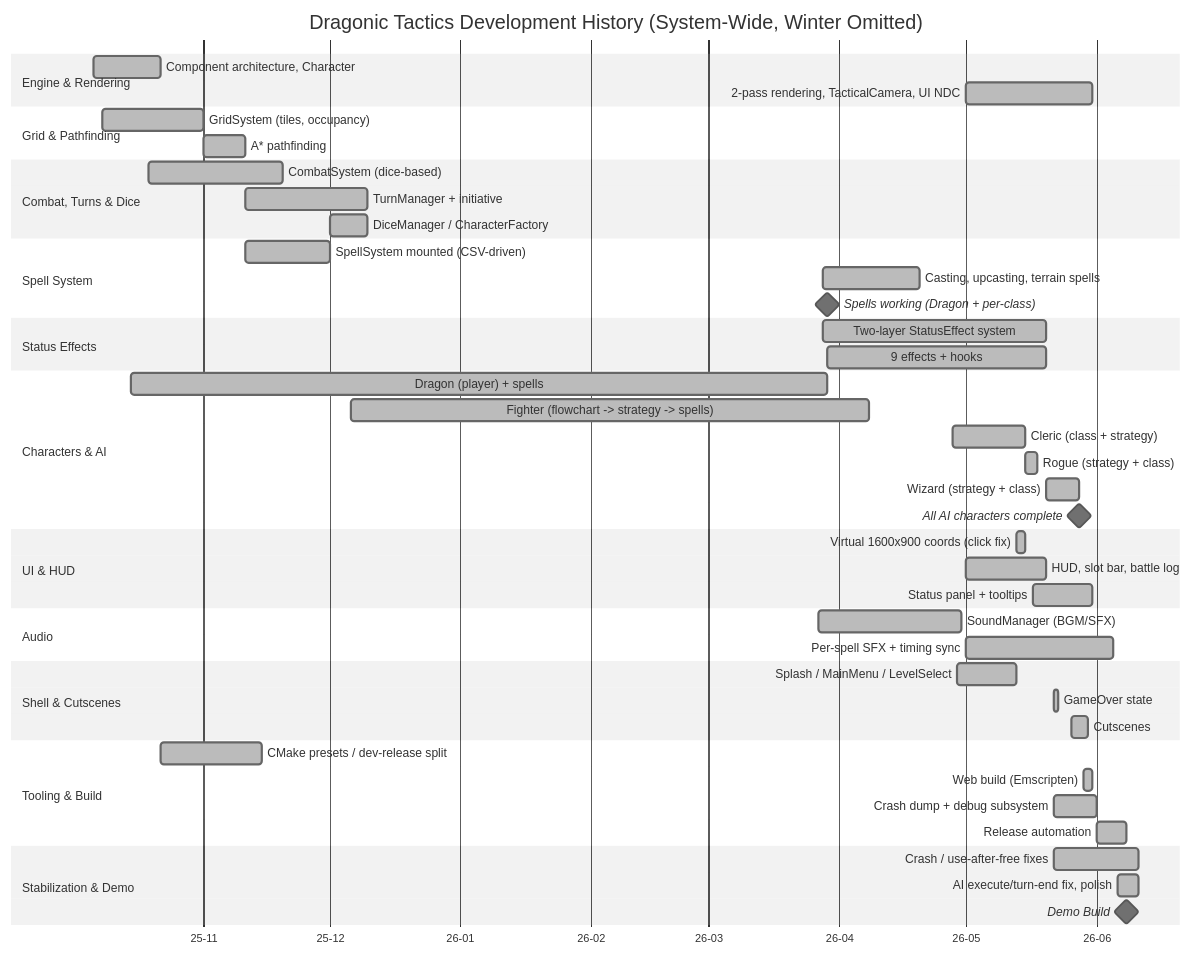
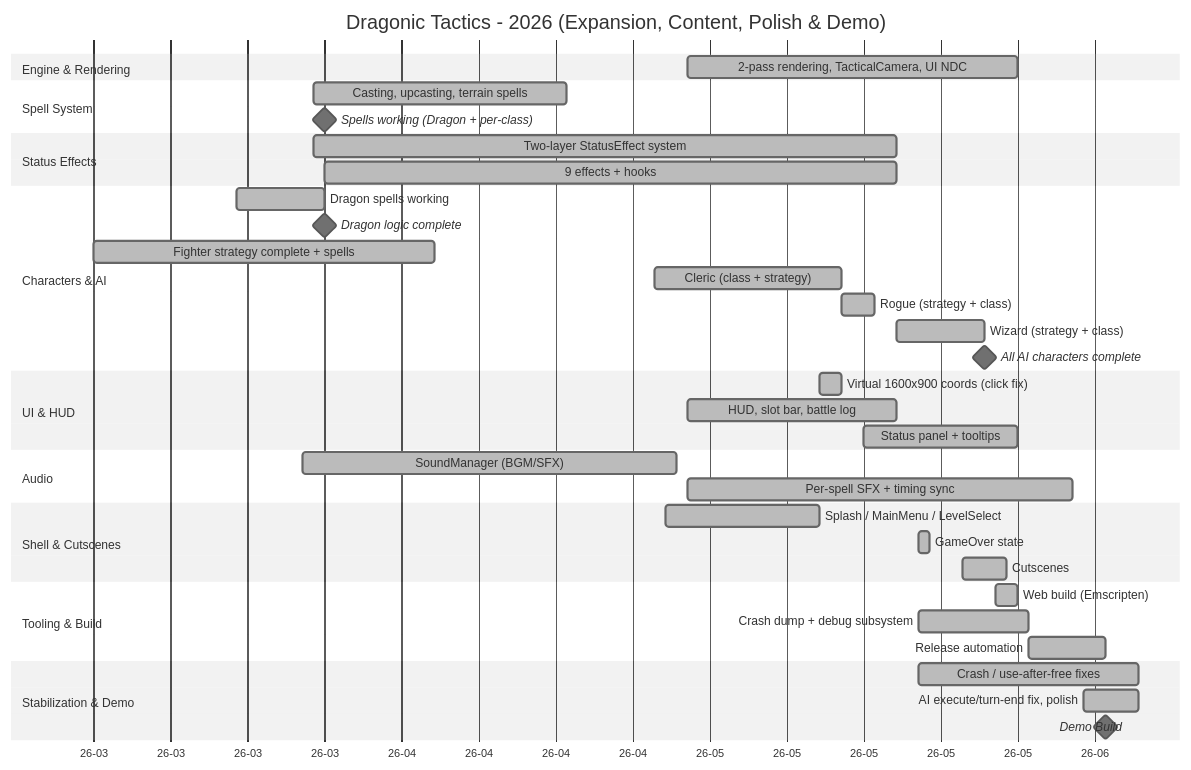
Before and after one commit to taekyung00/CodePistols_DragonicTactics: the second of 2 diagrams in project/official_documents/Development_History.md, drawn with Mermaid (neutral theme). The commit also changed other lines of this file, not shown here.

````diff
--- a/project/official_documents/Development_History.md
+++ b/project/official_documents/Development_History.md
@@ -38,61 +70,50 @@
 ```mermaid
 gantt
-    title Dragonic Tactics Development History (System-Wide, Winter Omitted)
+    title Dragonic Tactics - 2026 (Expansion, Content, Polish & Demo)
     dateFormat YYYY-MM-DD
     axisFormat %y-%m
 
     section Engine & Rendering
-    Component architecture, Character       :done, e1, 2025-10-06, 2025-10-22
     2-pass rendering, TacticalCamera, UI NDC :done, e2, 2026-05-01, 2026-05-31
 
-    section Grid & Pathfinding
-    GridSystem (tiles, occupancy)           :done, g1, 2025-10-08, 2025-11-01
-    A* pathfinding                          :done, g2, 2025-11-01, 2025-11-11
-
-    section Combat, Turns & Dice
-    CombatSystem (dice-based)               :done, c1, 2025-10-19, 2025-11-20
-    TurnManager + initiative                :done, c2, 2025-11-11, 2025-12-10
-    DiceManager / CharacterFactory          :done, c3, 2025-12-01, 2025-12-10
-
     section Spell System
-    SpellSystem mounted (CSV-driven)        :done, s1, 2025-11-11, 2025-12-01
     Casting, upcasting, terrain spells      :done, s2, 2026-03-28, 2026-04-20
     Spells working (Dragon + per-class)     :milestone, sm, 2026-03-29, 0d
 
     section Status Effects
     Two-layer StatusEffect system           :done, st1, 2026-03-28, 2026-05-20
     9 effects + hooks                       :done, st2, 2026-03-29, 2026-05-20
 
     section Characters & AI
-    Dragon (player) + spells                :done, ai0, 2025-10-15, 2026-03-29
-    Fighter (flowchart -> strategy -> spells):done, ai1, 2025-12-06, 2026-04-08
-    Cleric (class + strategy)               :done, ai2, 2026-04-28, 2026-05-15
-    Rogue (strategy + class)                :done, ai3, 2026-05-15, 2026-05-18
-    Wizard (strategy + class)               :done, ai4, 2026-05-20, 2026-05-28
-    All AI characters complete              :milestone, aim, 2026-05-28, 0d
+    Dragon spells working                   :done, b_dr, 2026-03-21, 2026-03-29
+    Dragon logic complete                   :milestone, b_drm, 2026-03-29, 0d
+    Fighter strategy complete + spells      :done, b_fi, 2026-03-08, 2026-04-08
+    Cleric (class + strategy)               :done, b_cl, 2026-04-28, 2026-05-15
+    Rogue (strategy + class)                :done, b_ro, 2026-05-15, 2026-05-18
+    Wizard (strategy + class)               :done, b_wi, 2026-05-20, 2026-05-28
+    All AI characters complete              :milestone, b_aim, 2026-05-28, 0d
 
     section UI & HUD
     Virtual 1600x900 coords (click fix)     :done, u1, 2026-05-13, 2026-05-15
     HUD, slot bar, battle log               :done, u2, 2026-05-01, 2026-05-20
     Status panel + tooltips                 :done, u3, 2026-05-17, 2026-05-31
 
     section Audio
     SoundManager (BGM/SFX)                  :done, au1, 2026-03-27, 2026-04-30
     Per-spell SFX + timing sync             :done, au2, 2026-05-01, 2026-06-05
 
     section Shell & Cutscenes
     Splash / MainMenu / LevelSelect         :done, sh1, 2026-04-29, 2026-05-13
     GameOver state                          :done, sh2, 2026-05-22, 2026-05-23
     Cutscenes                               :done, sh3, 2026-05-26, 2026-05-30
 
     section Tooling & Build
-    CMake presets / dev-release split       :done, t1, 2025-10-22, 2025-11-15
     Web build (Emscripten)                  :done, t2, 2026-05-29, 2026-05-31
     Crash dump + debug subsystem            :done, t3, 2026-05-22, 2026-06-01
     Release automation                      :done, t4, 2026-06-01, 2026-06-08
 
     section Stabilization & Demo
     Crash / use-after-free fixes            :done, x1, 2026-05-22, 2026-06-11
     AI execute/turn-end fix, polish         :done, x2, 2026-06-06, 2026-06-11
     Demo Build                              :milestone, demo, 2026-06-08, 0d
 ```
````
